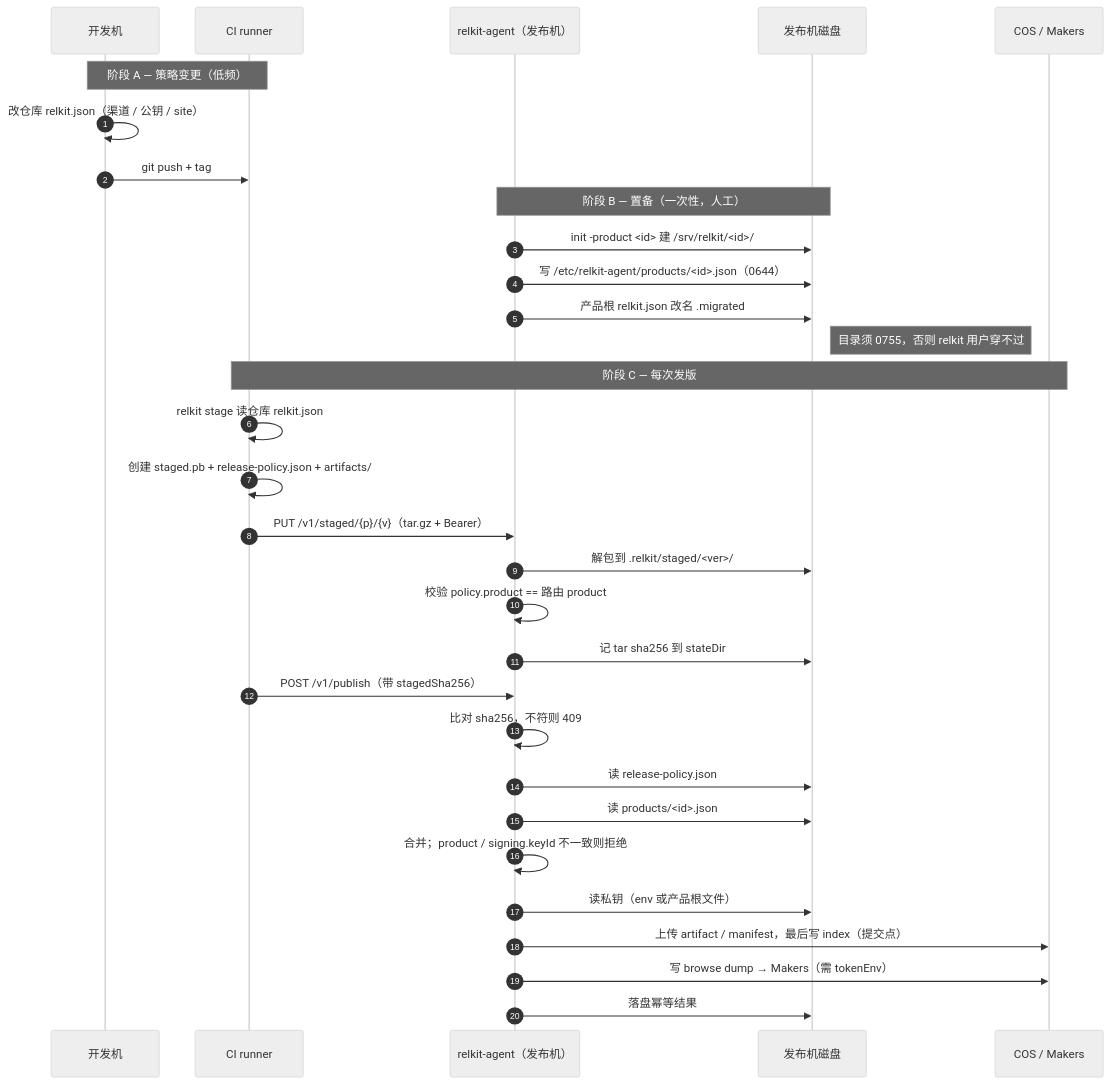
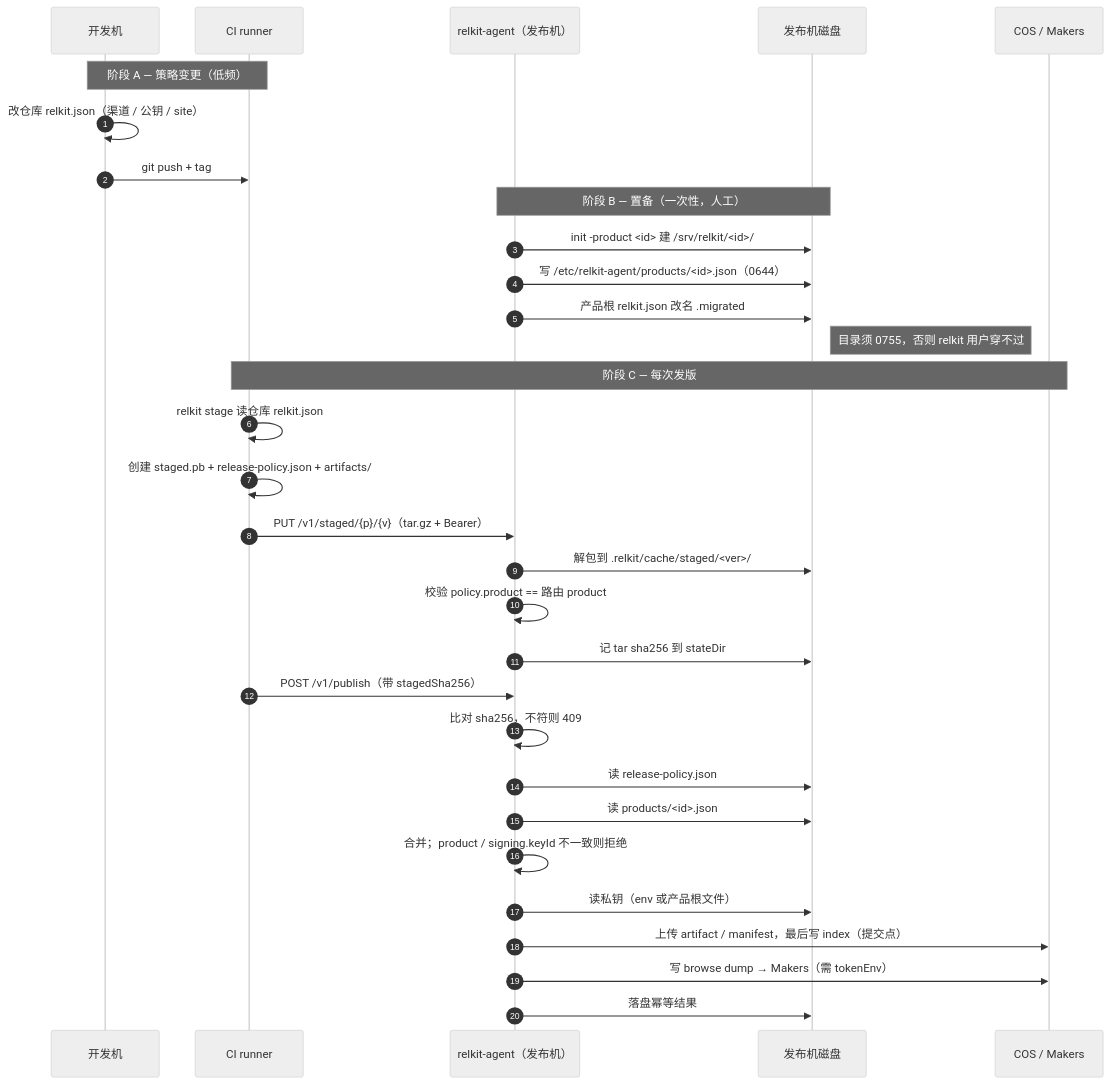
The second of 2 diagrams in docs/_pending/2026-09-01-publish-config-lessons.md (shichao402/relkit), drawn with Mermaid (neutral theme) before and after one commit. The commit also changed other lines of this file and 12 other files, not shown here.

Commit message:
feat: isolate relkit transient cache

````diff
--- a/docs/_pending/2026-09-01-publish-config-lessons.md
+++ b/docs/_pending/2026-09-01-publish-config-lessons.md
@@ -103,36 +103,36 @@
 ```mermaid
 sequenceDiagram
     autonumber
     participant Dev as 开发机
     participant CI as CI runner
     participant Agent as relkit-agent（发布机）
     participant FS as 发布机磁盘
     participant COS as COS / Makers
 
     Note over Dev,CI: 阶段 A — 策略变更（低频）
     Dev->>Dev: 改仓库 relkit.json（渠道 / 公钥 / site）
     Dev->>CI: git push + tag
 
     Note over Agent,FS: 阶段 B — 置备（一次性，人工）
     Agent->>FS: init -product <id> 建 /srv/relkit/<id>/
     Agent->>FS: 写 /etc/relkit-agent/products/<id>.json（0644）
     Agent->>FS: 产品根 relkit.json 改名 .migrated
     Note right of FS: 目录须 0755，否则 relkit 用户穿不过
 
     Note over CI,COS: 阶段 C — 每次发版
     CI->>CI: relkit stage 读仓库 relkit.json
     CI->>CI: 创建 staged.pb + release-policy.json + artifacts/
     CI->>Agent: PUT /v1/staged/{p}/{v}（tar.gz + Bearer）
-    Agent->>FS: 解包到 .relkit/staged/<ver>/
+    Agent->>FS: 解包到 .relkit/cache/staged/<ver>/
     Agent->>Agent: 校验 policy.product == 路由 product
     Agent->>FS: 记 tar sha256 到 stateDir
     CI->>Agent: POST /v1/publish（带 stagedSha256）
     Agent->>Agent: 比对 sha256，不符则 409
     Agent->>FS: 读 release-policy.json
     Agent->>FS: 读 products/<id>.json
     Agent->>Agent: 合并；product / signing.keyId 不一致则拒绝
     Agent->>FS: 读私钥（env 或产品根文件）
     Agent->>COS: 上传 artifact / manifest，最后写 index（提交点）
     Agent->>COS: 写 browse dump → Makers（需 tokenEnv）
     Agent->>FS: 落盘幂等结果
 ```
````
